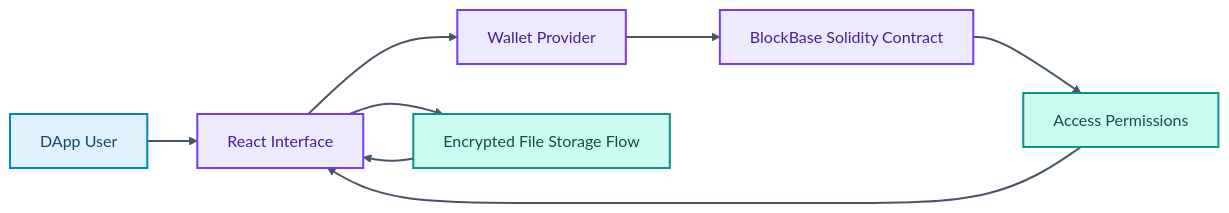
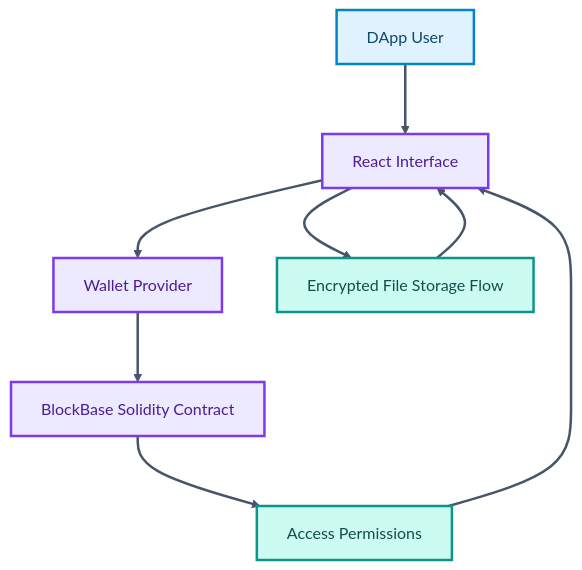
Before and after one commit to skx56/Blockbase_project: the diagram in README.md, drawn with Mermaid.

Commit message:
Make README architecture diagram vertical

````diff
--- a/README.md
+++ b/README.md
@@ -29,20 +29,21 @@
 ```mermaid
-flowchart LR
+%%{init: {"flowchart": {"nodeSpacing": 55, "rankSpacing": 70, "curve": "basis"}, "themeVariables": {"fontSize": "16px", "fontFamily": "Inter, ui-sans-serif, system-ui, -apple-system, BlinkMacSystemFont, Segoe UI, sans-serif"}}}%%
+flowchart TD
   User["DApp User"] --> ReactApp["React Interface"]
   ReactApp --> Wallet["Wallet Provider"]
   Wallet --> Contract["BlockBase Solidity Contract"]
   ReactApp --> Storage["Encrypted File Storage Flow"]
   Contract --> Permissions["Access Permissions"]
   Permissions --> ReactApp
   Storage --> ReactApp
 
-  classDef inputs fill:#E0F2FE,stroke:#0284C7,color:#0C4A6E,stroke-width:2px;
-  classDef process fill:#EDE9FE,stroke:#7C3AED,color:#4C1D95,stroke-width:2px;
-  classDef data fill:#CCFBF1,stroke:#0D9488,color:#134E4A,stroke-width:2px;
-  classDef agent fill:#FCE7F3,stroke:#DB2777,color:#831843,stroke-width:2px;
-  classDef output fill:#FEF9C3,stroke:#CA8A04,color:#713F12,stroke-width:2px;
+  classDef inputs fill:#E0F2FE,stroke:#0284C7,color:#0C4A6E,stroke-width:2.5px;
+  classDef process fill:#EDE9FE,stroke:#7C3AED,color:#4C1D95,stroke-width:2.5px;
+  classDef data fill:#CCFBF1,stroke:#0D9488,color:#134E4A,stroke-width:2.5px;
+  classDef agent fill:#FCE7F3,stroke:#DB2777,color:#831843,stroke-width:2.5px;
+  classDef output fill:#FEF9C3,stroke:#CA8A04,color:#713F12,stroke-width:2.5px;
   class User inputs;
   class ReactApp,Wallet,Contract process;
   class Storage,Permissions data;
-  linkStyle default stroke:#475569,stroke-width:2px;
+  linkStyle default stroke:#475569,stroke-width:2.5px;
 ```
````
